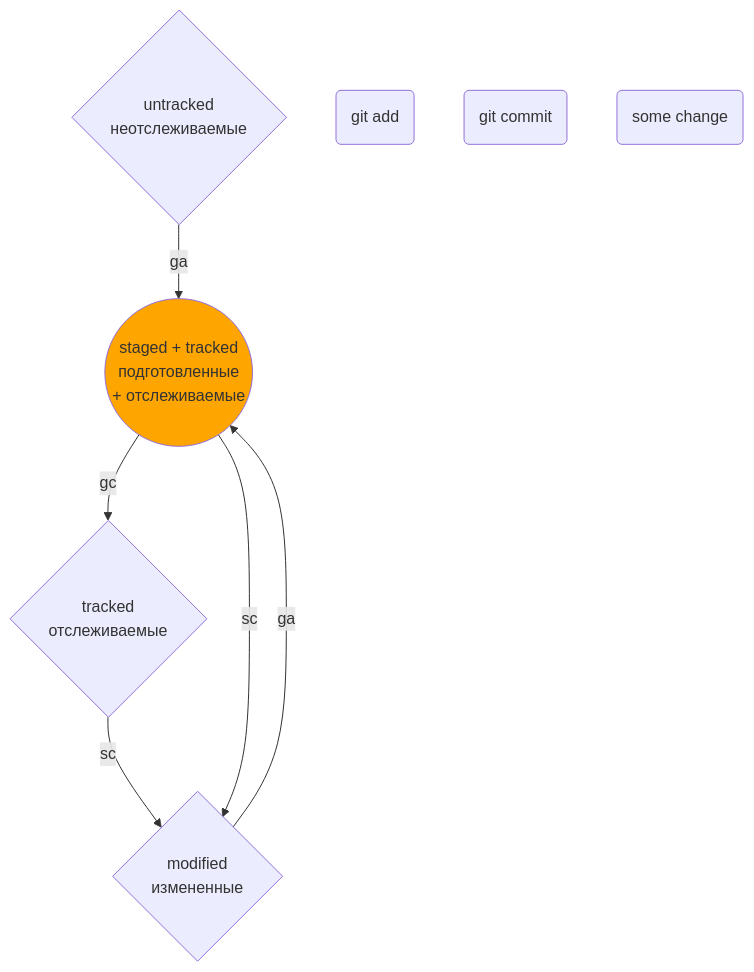
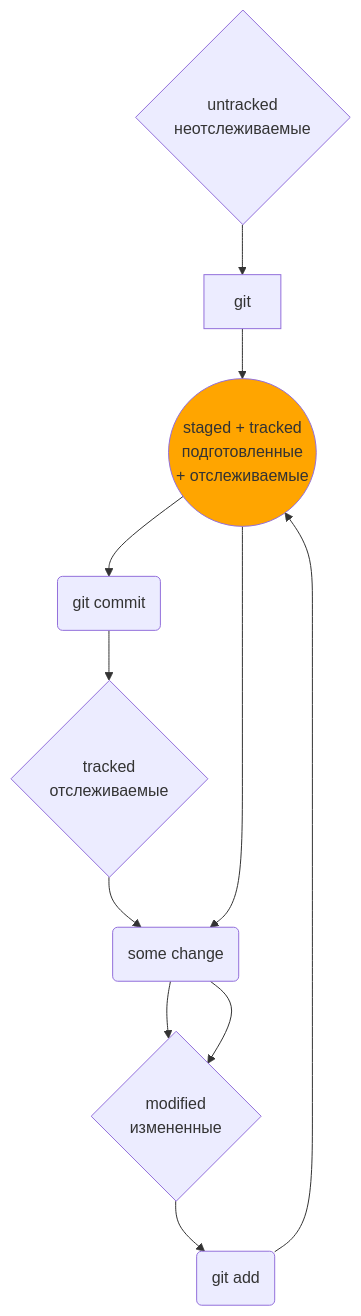
Before and after one commit to AleksandrVakarin/GitInstructionMermaid: the diagram in README.md, drawn with Mermaid.

````diff
--- a/README.md
+++ b/README.md
@@ -93,20 +93,20 @@
 ```mermaid
 flowchart TD;
 	
 	stg((staged + tracked<br>подготовленные<br> + отслеживаемые))
 	mdf{modified<br>измененные}
 	untr{untracked<br>неотслеживаемые}
 	trcd{tracked<br>отслеживаемые}
 
 	ga(git add)
 	gc(git commit)
 	sc(some change)
 	style ga gc sc fill: grey
 
-	untr-- ga -->stg
-	stg-- gc -->trcd
-	trcd-- sc -->mdf
-	mdf-- ga -->stg
-	stg-- sc -->mdf
+	untr--> git -->stg
+	stg--> gc -->trcd
+	trcd--> sc -->mdf
+	mdf--> ga -->stg
+	stg--> sc -->mdf
 	style stg fill: orange
 ```
````
